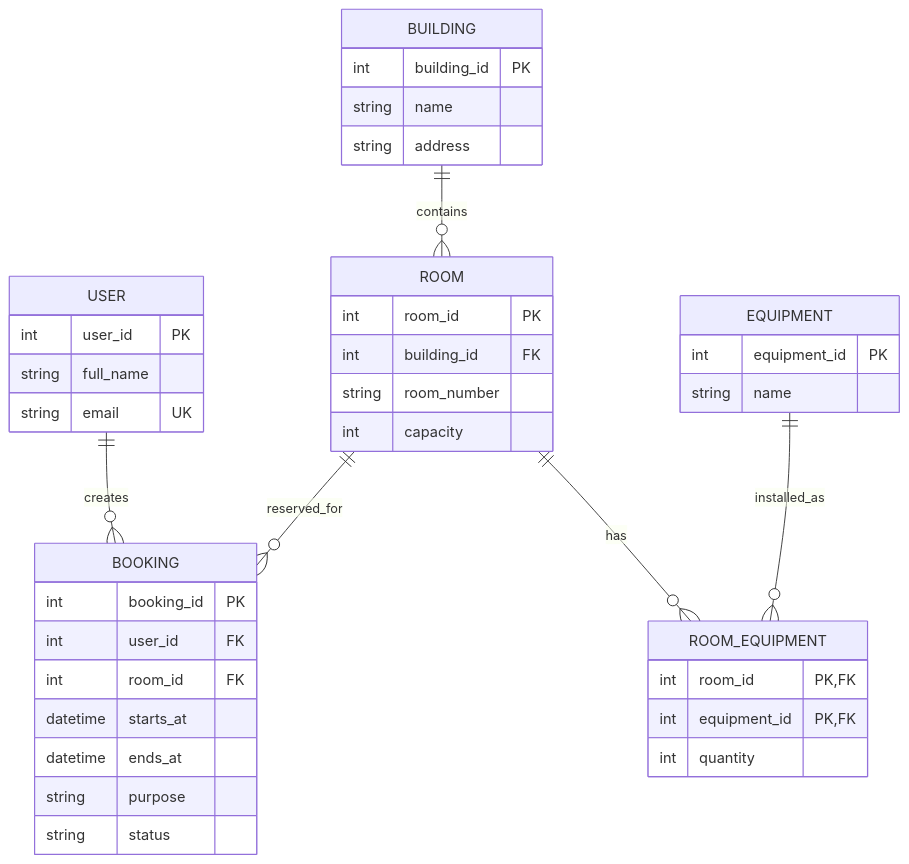
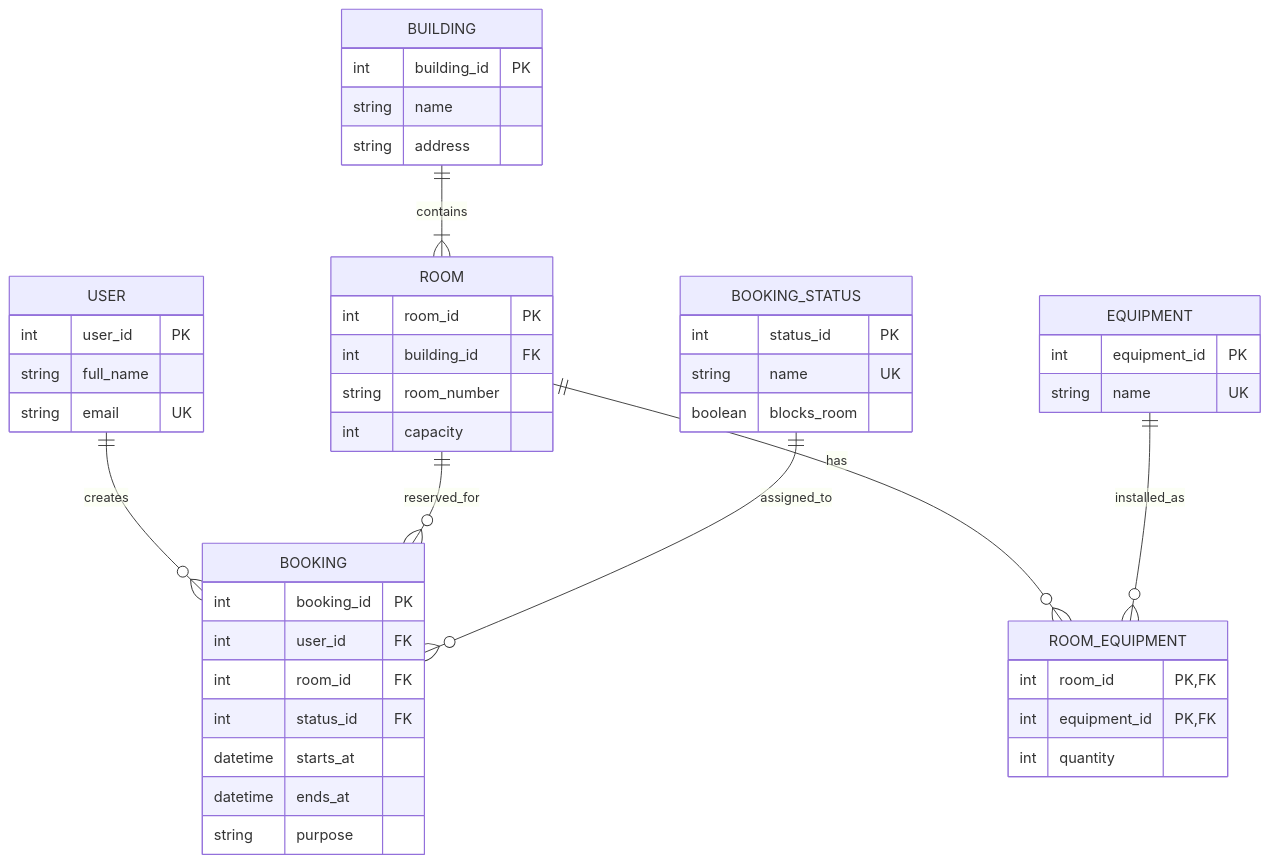
One commit to Oleksandr-C-S/MAVPZ changed the diagram in lab1/model/er.mmd. Above: the diagram before and after it, drawn with Mermaid.

Commit message:
update er model after audit

```diff
--- a/lab1/model/er.mmd
+++ b/lab1/model/er.mmd
@@ -1,51 +1,58 @@
 erDiagram
-    %% Constraint: UNIQUE(ROOM.building_id, ROOM.room_number)
-    %% Constraint: BOOKING.starts_at < BOOKING.ends_at
-    %% Constraint: active bookings for the same ROOM must not overlap in time
-    %% Constraint: ROOM_EQUIPMENT.quantity > 0
+    %% UNIQUE(ROOM.building_id, ROOM.room_number)
+    %% BOOKING.starts_at < BOOKING.ends_at
+    %% ROOM_EQUIPMENT.quantity > 0
+    %% Bookings for the same room must not overlap when BOOKING_STATUS.blocks_room = true
 
     USER ||--o{ BOOKING : creates
-    BUILDING ||--o{ ROOM : contains
+    BUILDING ||--|{ ROOM : contains
     ROOM ||--o{ BOOKING : reserved_for
+    BOOKING_STATUS ||--o{ BOOKING : assigned_to
     ROOM ||--o{ ROOM_EQUIPMENT : has
     EQUIPMENT ||--o{ ROOM_EQUIPMENT : installed_as
 
     USER {
         int user_id PK
         string full_name
         string email UK
     }
 
     BUILDING {
         int building_id PK
         string name
         string address
     }
 
     ROOM {
         int room_id PK
         int building_id FK
         string room_number
         int capacity
     }
 
     BOOKING {
         int booking_id PK
         int user_id FK
         int room_id FK
+        int status_id FK
         datetime starts_at
         datetime ends_at
         string purpose
-        string status
+    }
+
+    BOOKING_STATUS {
+        int status_id PK
+        string name UK
+        boolean blocks_room
     }
 
     EQUIPMENT {
         int equipment_id PK
-        string name
+        string name UK
     }
 
     ROOM_EQUIPMENT {
         int room_id PK, FK
         int equipment_id PK, FK
         int quantity
     }
```
